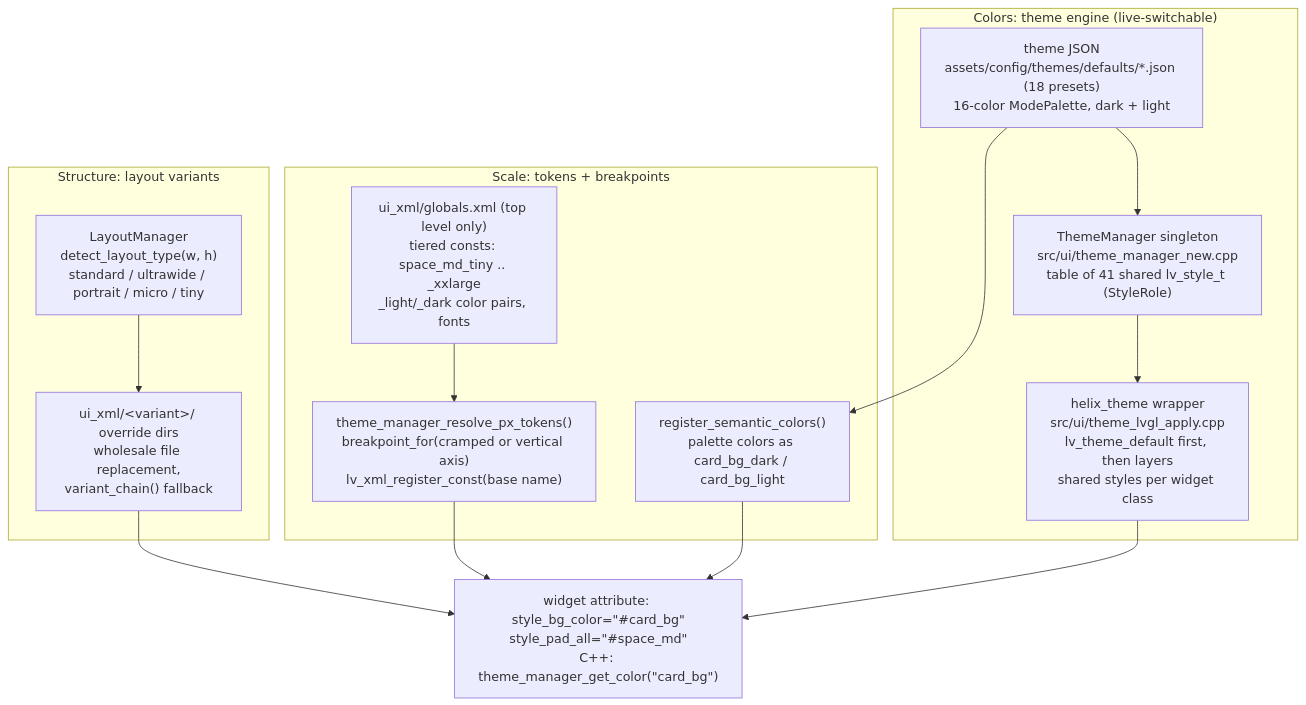
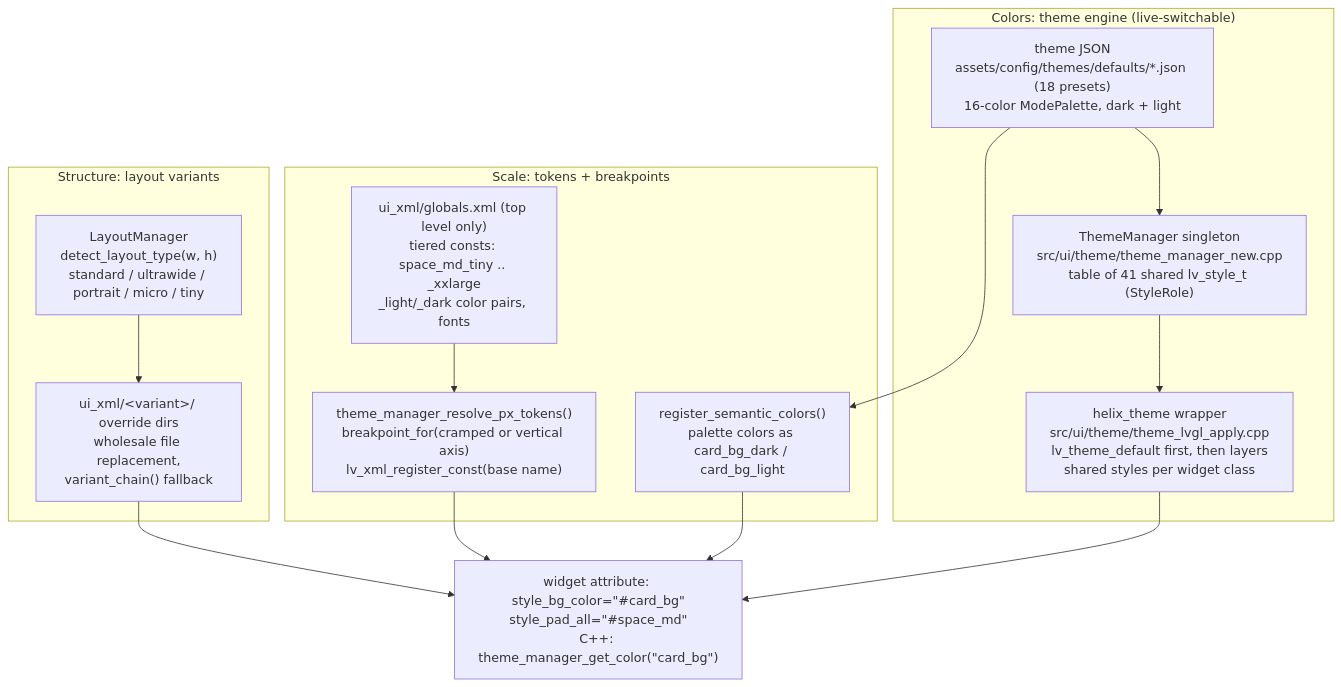
Before and after one commit to prestonbrown/helixscreen: the diagram in docs/devel/architecture/10-theme-tokens-layout.md, drawn with Mermaid. The commit also changed other lines of this file and 31 other files, not shown here.

First line of the commit message:
refactor(ui): group the theme sources under src/ui/theme (prestonbrown/helixscreen#1956)

````diff
--- a/docs/devel/architecture/10-theme-tokens-layout.md
+++ b/docs/devel/architecture/10-theme-tokens-layout.md
@@ -19,26 +19,26 @@
 ```mermaid
 flowchart TB
     subgraph COLORS["Colors: theme engine (live-switchable)"]
         TJSON["theme JSON<br/>assets/config/themes/defaults/*.json (18 presets)<br/>16-color ModePalette, dark + light"]
-        TM["ThemeManager singleton<br/>src/ui/theme_manager_new.cpp<br/>table of 41 shared lv_style_t (StyleRole)"]
-        kWrap["helix_theme wrapper<br/>src/ui/theme_lvgl_apply.cpp<br/>lv_theme_default first, then layers<br/>shared styles per widget class"]
+        TM["ThemeManager singleton<br/>src/ui/theme/theme_manager_new.cpp<br/>table of 41 shared lv_style_t (StyleRole)"]
+        kWrap["helix_theme wrapper<br/>src/ui/theme/theme_lvgl_apply.cpp<br/>lv_theme_default first, then layers<br/>shared styles per widget class"]
         TJSON --> TM --> kWrap
     end
     subgraph SCALE["Scale: tokens + breakpoints"]
         GXML["ui_xml/globals.xml (top level only)<br/>tiered consts: space_md_tiny .. _xxlarge<br/>_light/_dark color pairs, fonts"]
         RES["theme_manager_resolve_px_tokens()<br/>breakpoint_for(cramped or vertical axis)<br/>lv_xml_register_const(base name)"]
         GXML --> RES
         SEM["register_semantic_colors()<br/>palette colors as card_bg_dark / card_bg_light"]
         TJSON --> SEM
     end
     subgraph STRUCT["Structure: layout variants"]
         LM["LayoutManager<br/>detect_layout_type(w, h)<br/>standard / ultrawide / portrait / micro / tiny"]
         VD["ui_xml/&lt;variant&gt;/ override dirs<br/>wholesale file replacement,<br/>variant_chain() fallback"]
         LM --> VD
     end
     USE["widget attribute: style_bg_color=&quot;#card_bg&quot;<br/>style_pad_all=&quot;#space_md&quot;<br/>C++: theme_manager_get_color(&quot;card_bg&quot;)"]
     kWrap --> USE
     RES --> USE
     SEM --> USE
     VD --> USE
 ```
````
